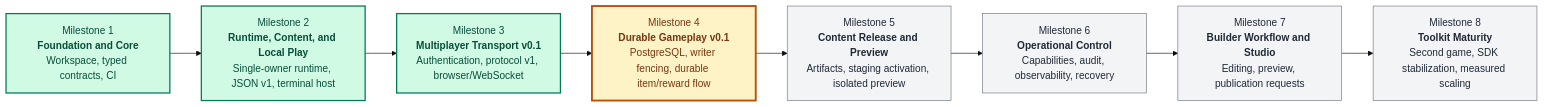
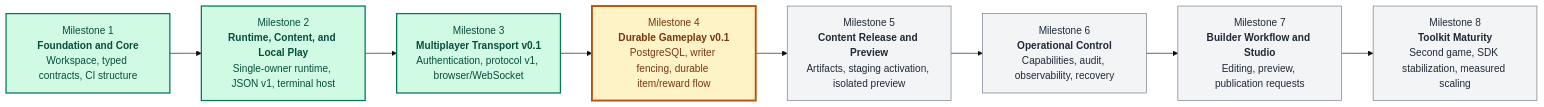
Before and after one commit to MudDevelopment/Worldwright: the diagram in ROAD-MAP.md, drawn with Mermaid (base theme). The commit also changed other lines of this file, not shown here.

````diff
--- a/ROAD-MAP.md
+++ b/ROAD-MAP.md
@@ -26,21 +94,18 @@
 ```mermaid
 flowchart LR
-    M1["Milestone 1<br/><strong>Foundation and Core</strong><br/>Workspace, typed contracts, CI"]
+    M1["Milestone 1<br/><strong>Foundation and Core</strong><br/>Workspace, typed contracts, CI structure"]
     M2["Milestone 2<br/><strong>Runtime, Content, and Local Play</strong><br/>Single-owner runtime, JSON v1, terminal host"]
     M3["Milestone 3<br/><strong>Multiplayer Transport v0.1</strong><br/>Authentication, protocol v1, browser/WebSocket"]
     M4["Milestone 4<br/><strong>Durable Gameplay v0.1</strong><br/>PostgreSQL, writer fencing, durable item/reward flow"]
     M5["Milestone 5<br/><strong>Content Release and Preview</strong><br/>Artifacts, staging activation, isolated preview"]
     M6["Milestone 6<br/><strong>Operational Control</strong><br/>Capabilities, audit, observability, recovery"]
     M7["Milestone 7<br/><strong>Builder Workflow and Studio</strong><br/>Editing, preview, publication requests"]
     M8["Milestone 8<br/><strong>Toolkit Maturity</strong><br/>Second game, SDK stabilization, measured scaling"]
-
     M1 --> M2 --> M3 --> M4 --> M5 --> M6 --> M7 --> M8
-
     classDef complete fill:#d1fae5,stroke:#047857,color:#064e3b,stroke-width:2px
     classDef next fill:#fef3c7,stroke:#b45309,color:#78350f,stroke-width:3px
     classDef planned fill:#f3f4f6,stroke:#6b7280,color:#1f2937,stroke-width:1px
-
     class M1,M2,M3 complete
     class M4 next
     class M5,M6,M7,M8 planned
 ```
````
